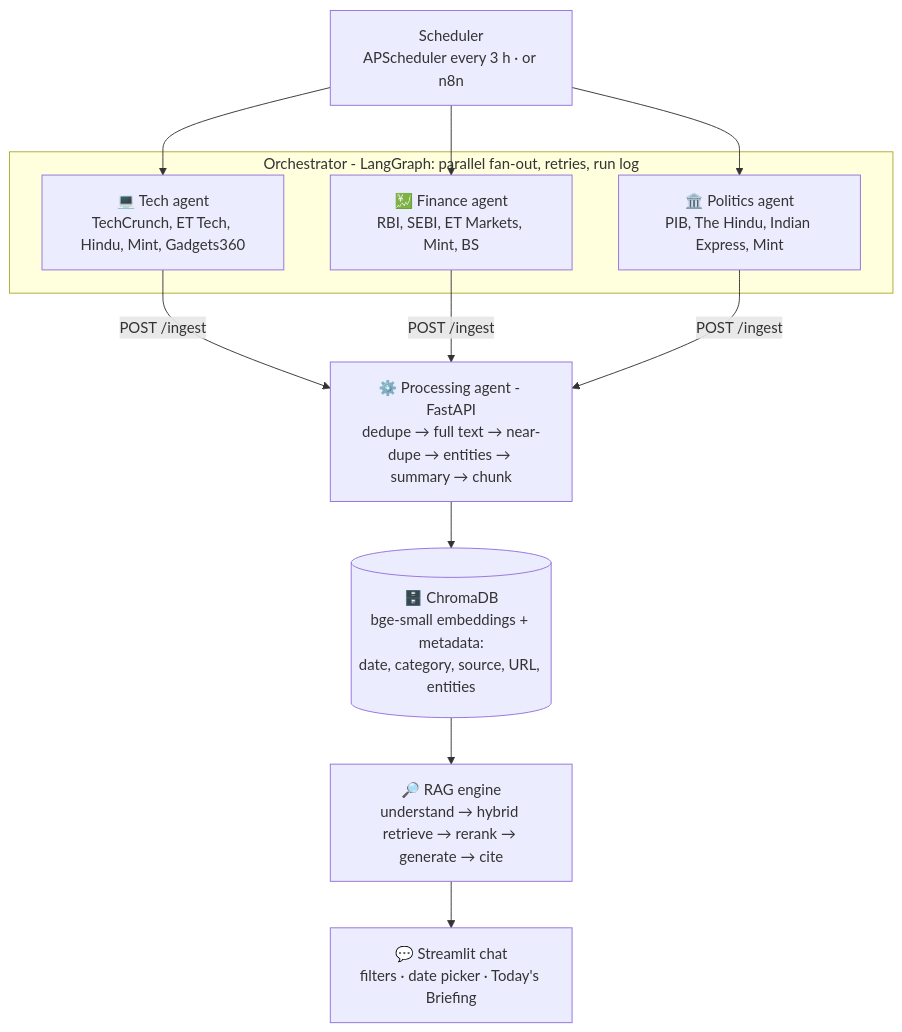
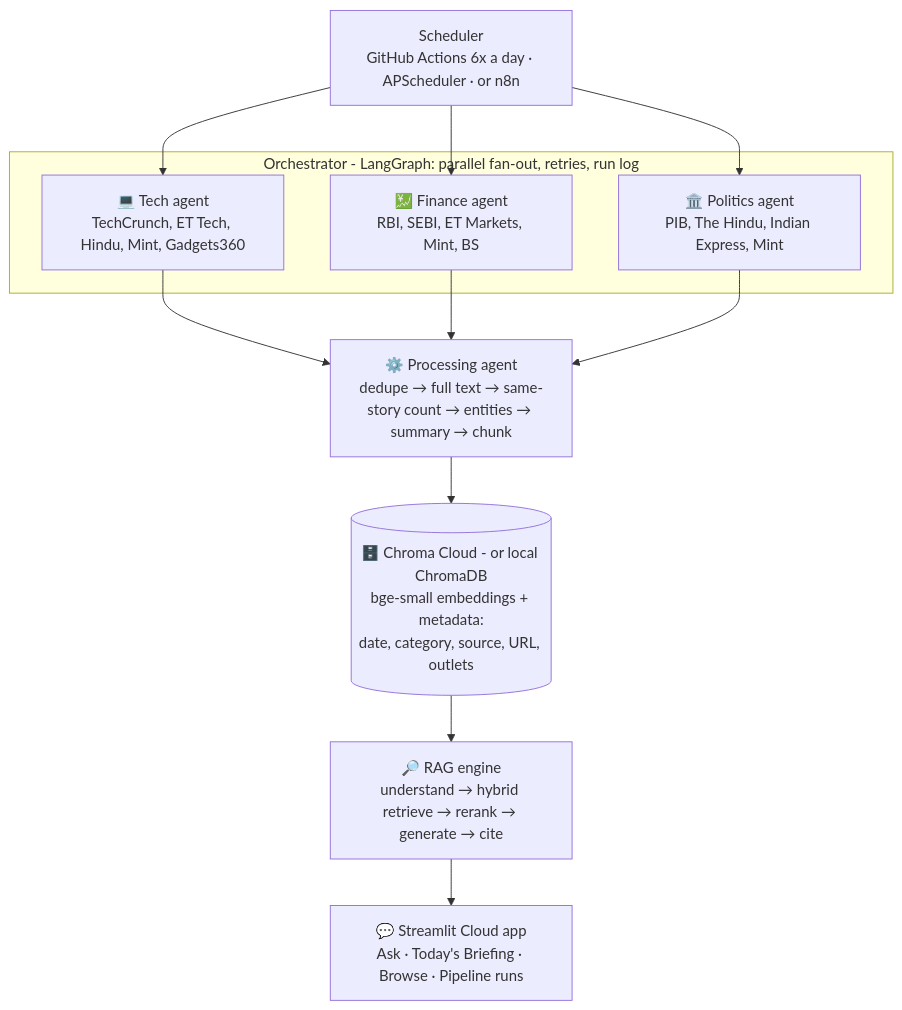
Before and after one commit to chithu1881/Newsagent-RAG: the diagram in README.md, drawn with Mermaid. The commit also changed other lines of this file and 41 other files, not shown here.

First line of the commit message:
Live cloud pipeline, redesigned app, and Phase 5 evaluation

````diff
--- a/README.md
+++ b/README.md
@@ -15,13 +15,13 @@
 ```mermaid
 flowchart TD
-    S[Scheduler<br/>APScheduler every 3 h · or n8n] --> T & F & P
+    S[Scheduler<br/>GitHub Actions 6x a day · APScheduler · or n8n] --> T & F & P
     subgraph O[Orchestrator - LangGraph: parallel fan-out, retries, run log]
         T[💻 Tech agent<br/>TechCrunch, ET Tech, Hindu, Mint, Gadgets360]
         F[💹 Finance agent<br/>RBI, SEBI, ET Markets, Mint, BS]
         P[🏛️ Politics agent<br/>PIB, The Hindu, Indian Express, Mint]
     end
-    T & F & P -->|POST /ingest| PR[⚙️ Processing agent - FastAPI<br/>dedupe → full text → near-dupe → entities → summary → chunk]
-    PR --> KB[(🗄️ ChromaDB<br/>bge-small embeddings + metadata:<br/>date, category, source, URL, entities)]
+    T & F & P --> PR[⚙️ Processing agent<br/>dedupe → full text → same-story count → entities → summary → chunk]
+    PR --> KB[(🗄️ Chroma Cloud - or local ChromaDB<br/>bge-small embeddings + metadata:<br/>date, category, source, URL, outlets)]
     KB --> R[🔎 RAG engine<br/>understand → hybrid retrieve → rerank → generate → cite]
-    R --> UI[💬 Streamlit chat<br/>filters · date picker · Today's Briefing]
+    R --> UI[💬 Streamlit Cloud app<br/>Ask · Today's Briefing · Browse · Pipeline runs]
 ```
````
